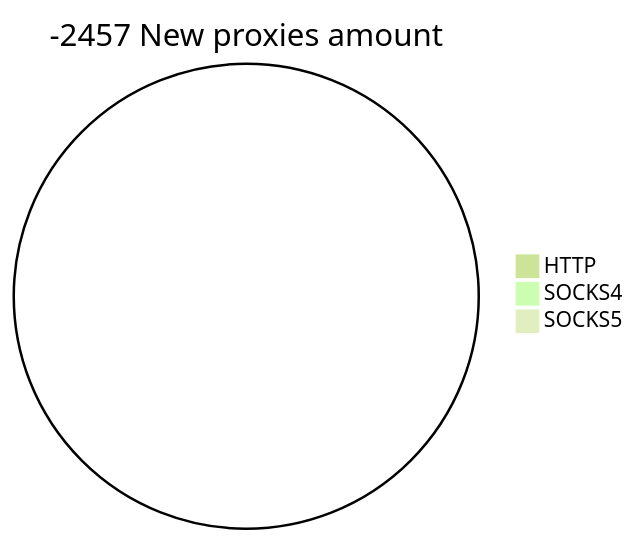
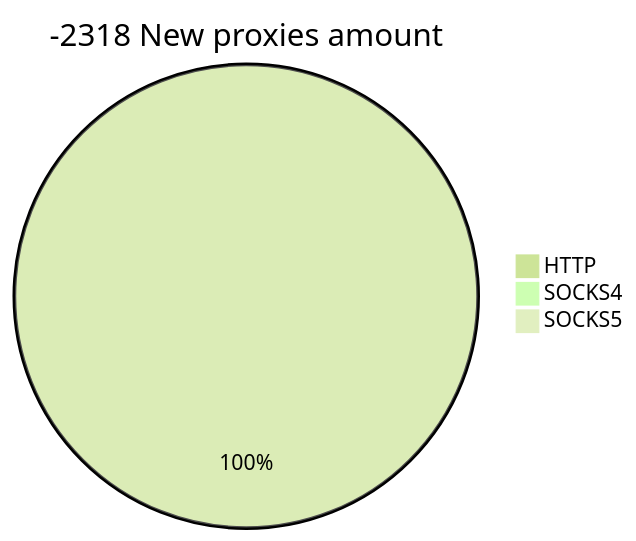
One commit to cutipu/proxylist changed the second of 2 diagrams in README.md. Above: the diagram before and after it, drawn with Mermaid (forest theme). The commit also changed other lines of this file, not shown here.

````diff
--- a/README.md
+++ b/README.md
@@ -10,6 +10,6 @@
 ```mermaid
-pie title -2457 New proxies amount
-    "HTTP" : 0
+pie title -2318 New proxies amount
+    "HTTP" : 1760
     "SOCKS4" : 0
     "SOCKS5" : 0
 ```
````
